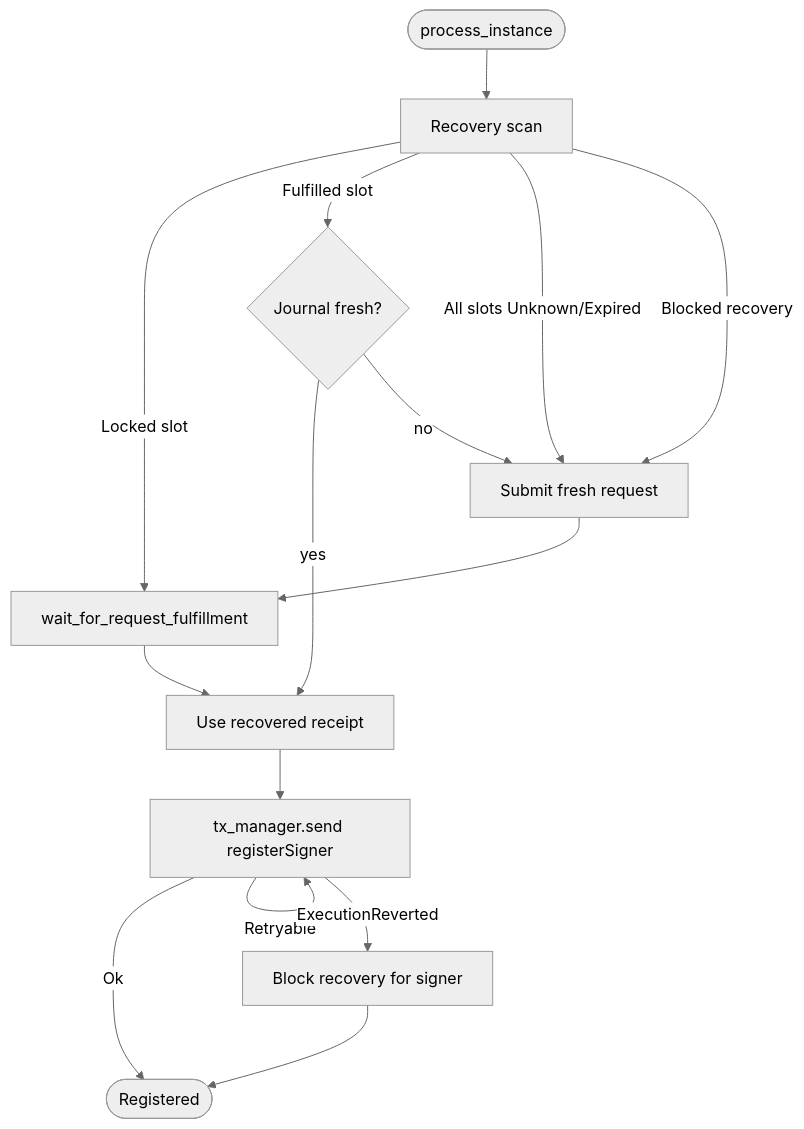
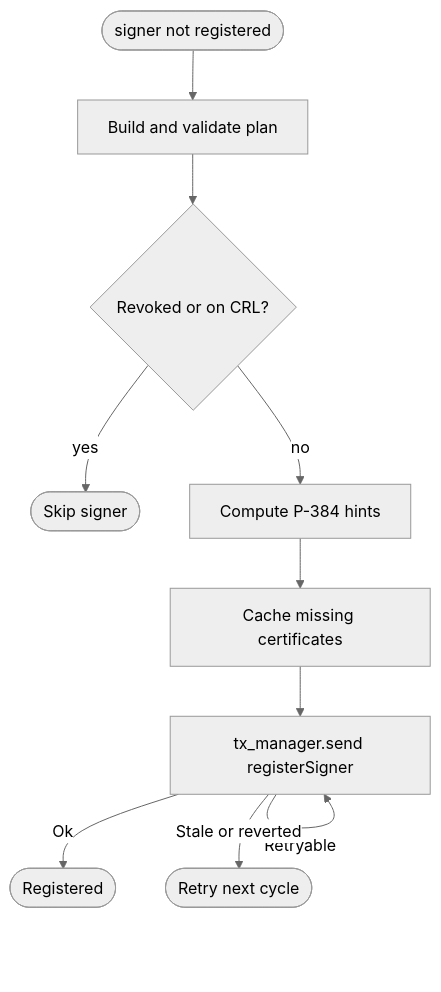
Before and after one commit to wbnns/basehub: the diagram in src/content/docs/specifications/registrar.mdx, drawn with Mermaid (neutral theme). The commit also changed other lines of this file and 13 other files, not shown here.

````diff
--- a/src/content/docs/specifications/registrar.mdx
+++ b/src/content/docs/specifications/registrar.mdx
@@ -209,19 +191,12 @@
 ```mermaid
 flowchart TB
-    Start([process_instance]) --> Recover[Recovery scan]
-    Recover -->|Locked slot| Wait[wait_for_request_fulfillment]
-    Recover -->|Fulfilled slot| Fresh{Journal fresh?}
-    Recover -->|All slots Unknown/Expired| Submit[Submit fresh request]
-    Recover -->|Blocked recovery| Submit
-
-    Fresh -->|yes| Receipt[Use recovered receipt]
-    Fresh -->|no| Submit
-    Wait --> Receipt
-    Submit --> Wait
-
-    Receipt --> Send[tx_manager.send registerSigner]
+    Start([signer not registered]) --> Plan[Build and validate plan]
+    Plan --> Revoke{Revoked or on CRL?}
+    Revoke -->|yes| Stop([Skip signer])
+    Revoke -->|no| Hints[Compute P-384 hints]
+    Hints --> Cache[Cache missing certificates]
+    Cache --> Send[tx_manager.send registerSigner]
     Send -->|Ok| Done([Registered])
     Send -->|Retryable| Send
-    Send -->|ExecutionReverted| Block[Block recovery for signer]
-    Block --> Done
+    Send -->|Stale or reverted| Next([Retry next cycle])
 ```
````
